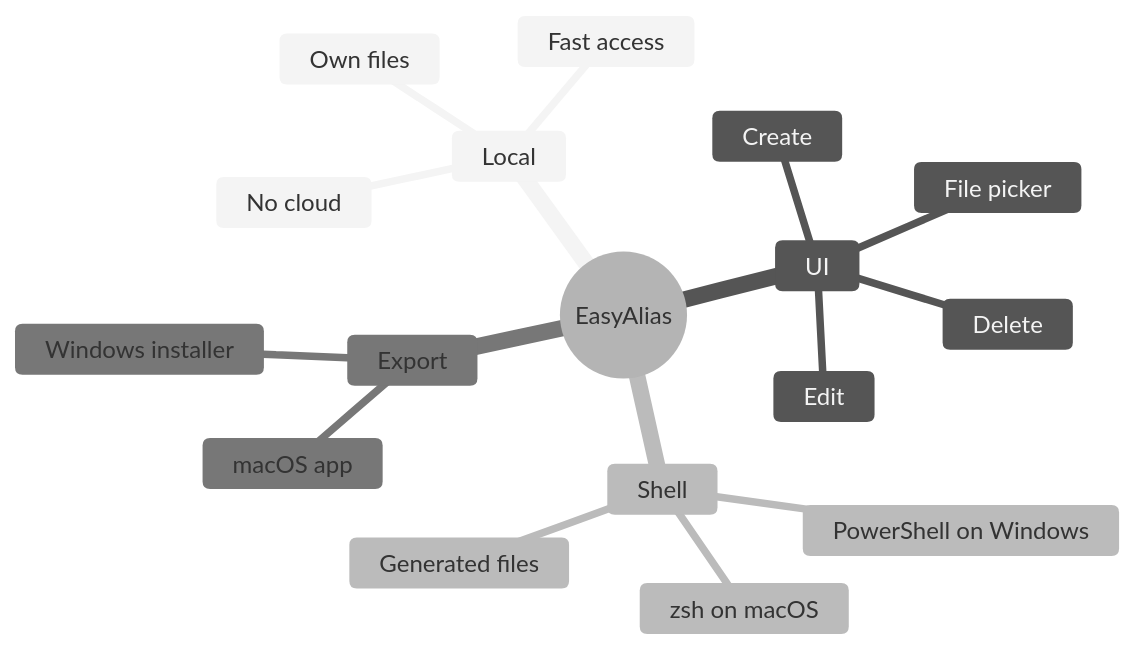
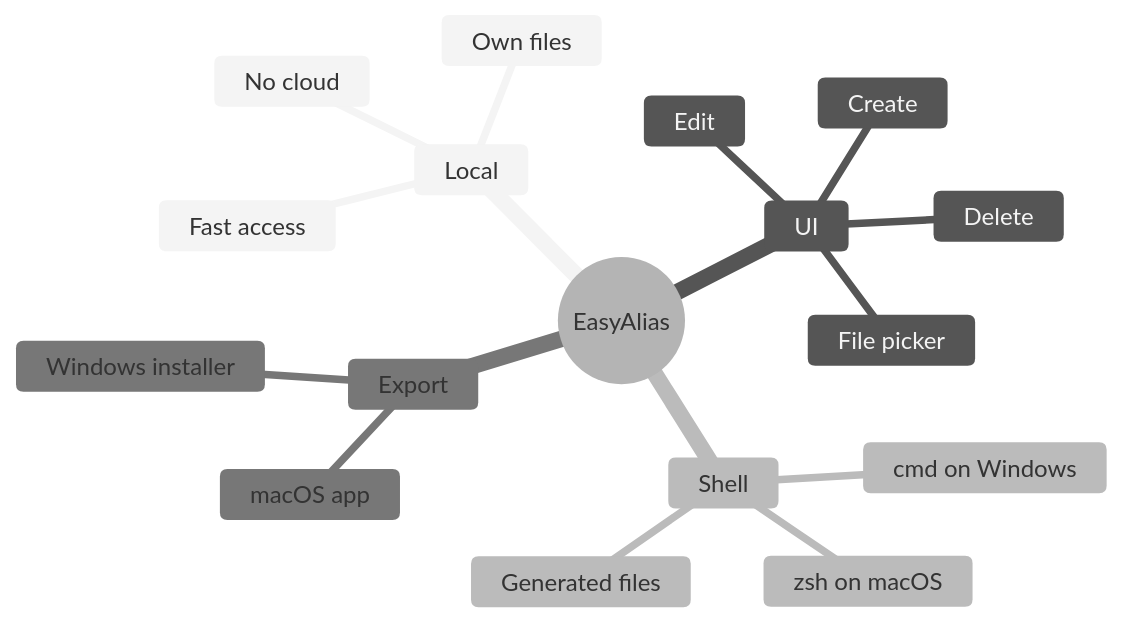
One commit to hannesgnann-hub/easyalias changed the fourth of 4 diagrams in README.md. Above: the diagram before and after it, drawn with Mermaid (neutral theme). The commit also changed other lines of this file and 5 other files, not shown here.

````diff
--- a/README.md
+++ b/README.md
@@ -200,20 +201,20 @@
 ```mermaid
 mindmap
   root((EasyAlias))
     Local
       No cloud
       Own files
       Fast access
     UI
       Create
       Edit
       Delete
       File picker
     Shell
       zsh on macOS
-      PowerShell on Windows
+      cmd on Windows
       Generated files
     Export
       macOS app
       Windows installer
 ```
````
